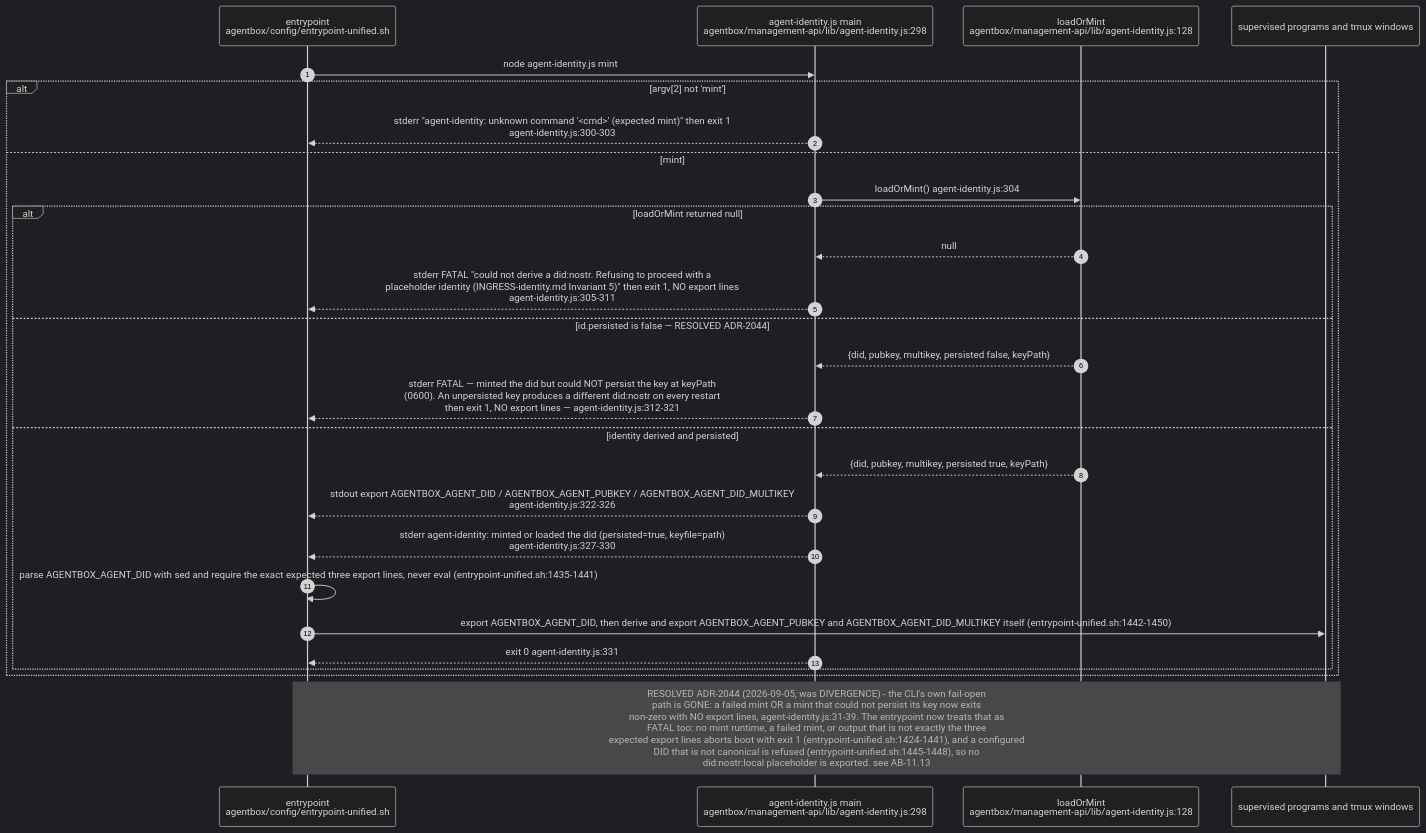
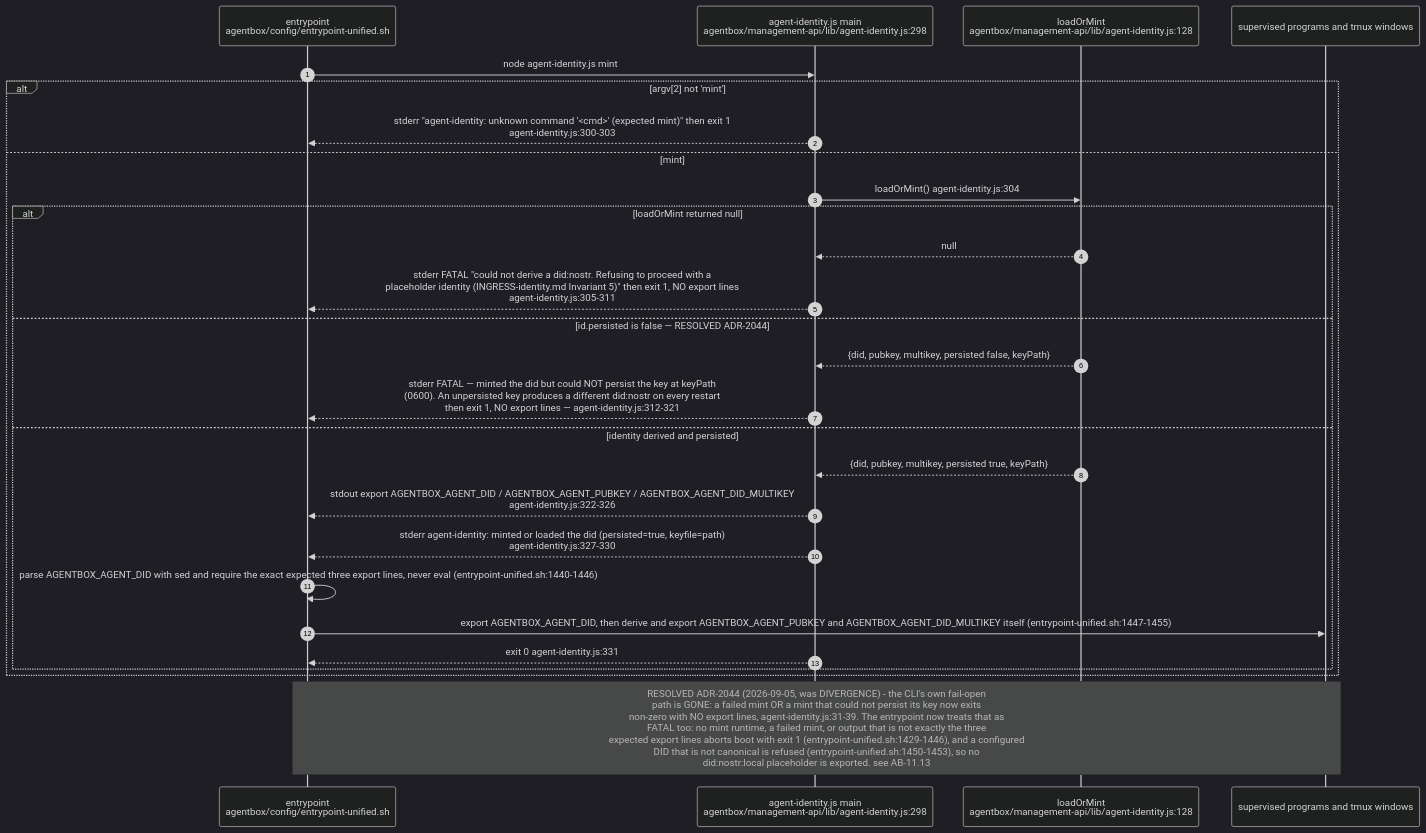
One commit to DreamLab-AI/VisionFlow changed the third of 16 diagrams in docs/diagrams/agentbox/11-identity-did-mandate-authority.md. Above: the diagram before and after it, drawn with Mermaid (dark theme). The commit also changed other lines of this file and 36 other files, not shown here.

First line of the commit message:
docs(diagrams): re-derive and re-stamp agentbox, dream-engine, visioncraft, visiontouch and vowl topics; drop LAN addresses

````diff
--- a/docs/diagrams/agentbox/11-identity-did-mandate-authority.md
+++ b/docs/diagrams/agentbox/11-identity-did-mandate-authority.md
@@ -156,30 +160,30 @@
 ```mermaid
 sequenceDiagram
     autonumber
     participant EP as entrypoint<br/>agentbox/config/entrypoint-unified.sh
     participant CLI as agent-identity.js main<br/>agentbox/management-api/lib/agent-identity.js:298
     participant LM as loadOrMint<br/>agentbox/management-api/lib/agent-identity.js:128
     participant SHELL as supervised programs and tmux windows
 
     EP->>CLI: node agent-identity.js mint
     alt argv[2] not 'mint'
         CLI-->>EP: stderr "agent-identity: unknown command '<cmd>' (expected mint)" then exit 1<br/>agent-identity.js:300-303
     else mint
         CLI->>LM: loadOrMint() agent-identity.js:304
         alt loadOrMint returned null
             LM-->>CLI: null
             CLI-->>EP: stderr FATAL "could not derive a did:nostr. Refusing to proceed with a<br/>placeholder identity (INGRESS-identity.md Invariant 5)" then exit 1, NO export lines<br/>agent-identity.js:305-311
         else id.persisted is false — RESOLVED ADR-2044
             LM-->>CLI: {did, pubkey, multikey, persisted false, keyPath}
             CLI-->>EP: stderr FATAL — minted the did but could NOT persist the key at keyPath<br/>(0600). An unpersisted key produces a different did:nostr on every restart<br/>then exit 1, NO export lines — agent-identity.js:312-321
         else identity derived and persisted
             LM-->>CLI: {did, pubkey, multikey, persisted true, keyPath}
             CLI-->>EP: stdout export AGENTBOX_AGENT_DID / AGENTBOX_AGENT_PUBKEY / AGENTBOX_AGENT_DID_MULTIKEY<br/>agent-identity.js:322-326
             CLI-->>EP: stderr agent-identity: minted or loaded the did (persisted=true, keyfile=path)<br/>agent-identity.js:327-330
-            EP->>EP: parse AGENTBOX_AGENT_DID with sed and require the exact expected three export lines, never eval (entrypoint-unified.sh:1435-1441)
-            EP->>SHELL: export AGENTBOX_AGENT_DID, then derive and export AGENTBOX_AGENT_PUBKEY and AGENTBOX_AGENT_DID_MULTIKEY itself (entrypoint-unified.sh:1442-1450)
+            EP->>EP: parse AGENTBOX_AGENT_DID with sed and require the exact expected three export lines, never eval (entrypoint-unified.sh:1440-1446)
+            EP->>SHELL: export AGENTBOX_AGENT_DID, then derive and export AGENTBOX_AGENT_PUBKEY and AGENTBOX_AGENT_DID_MULTIKEY itself (entrypoint-unified.sh:1447-1455)
             CLI-->>EP: exit 0 agent-identity.js:331
         end
     end
-    Note over EP,SHELL: RESOLVED ADR-2044 (2026-09-05, was DIVERGENCE) - the CLI's own fail-open<br/>path is GONE: a failed mint OR a mint that could not persist its key now exits<br/>non-zero with NO export lines, agent-identity.js:31-39. The entrypoint now treats that as<br/>FATAL too: no mint runtime, a failed mint, or output that is not exactly the three<br/>expected export lines aborts boot with exit 1 (entrypoint-unified.sh:1424-1441), and a configured<br/>DID that is not canonical is refused (entrypoint-unified.sh:1445-1448), so no<br/>did:nostr:local placeholder is exported. see AB-11.13
+    Note over EP,SHELL: RESOLVED ADR-2044 (2026-09-05, was DIVERGENCE) - the CLI's own fail-open<br/>path is GONE: a failed mint OR a mint that could not persist its key now exits<br/>non-zero with NO export lines, agent-identity.js:31-39. The entrypoint now treats that as<br/>FATAL too: no mint runtime, a failed mint, or output that is not exactly the three<br/>expected export lines aborts boot with exit 1 (entrypoint-unified.sh:1429-1446), and a configured<br/>DID that is not canonical is refused (entrypoint-unified.sh:1450-1453), so no<br/>did:nostr:local placeholder is exported. see AB-11.13
 ```
````
